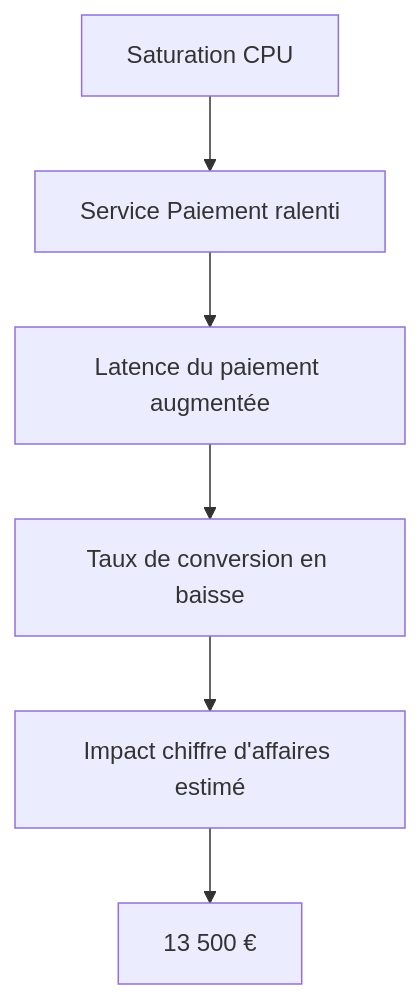
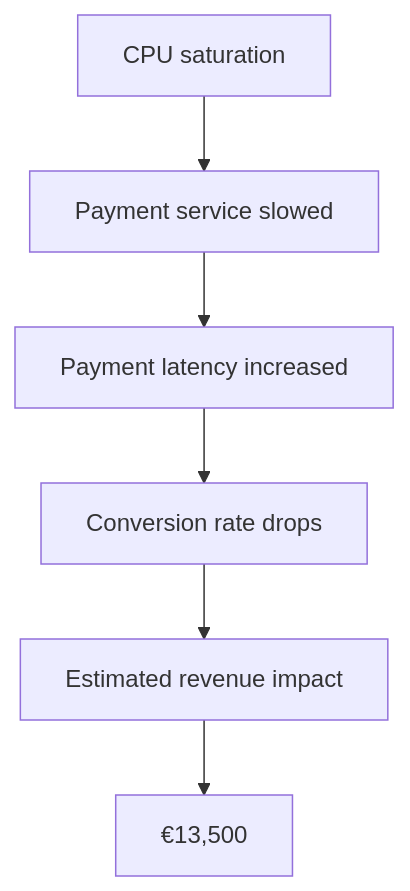
One commit to hexa-tools/hexawyn changed the second of 3 diagrams in docs/use-cases/107-incident-cost-analysis.md. Above: the diagram before and after it, drawn with Mermaid. The commit also changed other lines of this file and 53 other files, not shown here.

Commit message:
chore: refactor diagram

````diff
--- a/docs/use-cases/107-incident-cost-analysis.md
+++ b/docs/use-cases/107-incident-cost-analysis.md
@@ -57,8 +57,8 @@
 ```mermaid
 flowchart TD
-    A[Saturation CPU] --> B[Service Paiement ralenti]
-    B --> C[Latence du paiement augmentée]
-    C --> D[Taux de conversion en baisse]
-    D --> E[Impact chiffre d'affaires estimé]
-    E --> F["13 500 €"]
+    A[CPU saturation] --> B[Payment service slowed]
+    B --> C[Payment latency increased]
+    C --> D[Conversion rate drops]
+    D --> E[Estimated revenue impact]
+    E --> F["€13,500"]
 ```
````
